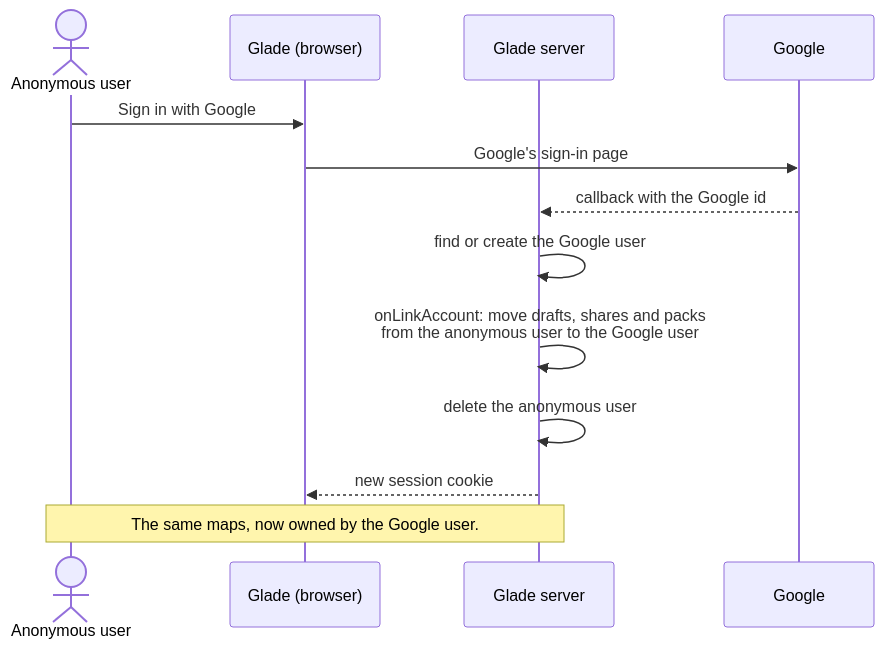
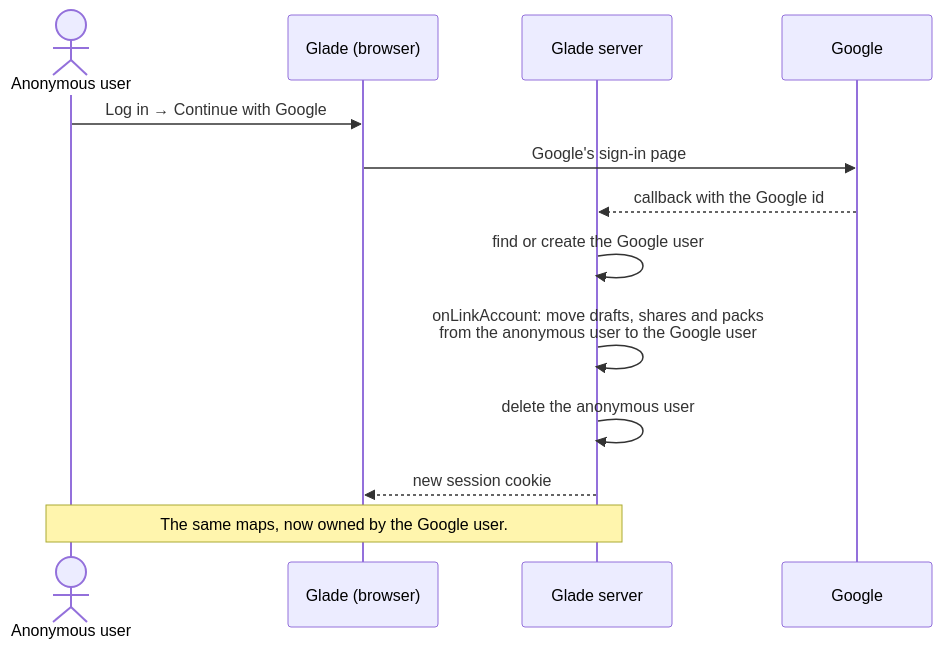
Before and after one commit to UmushiUmushi/Glade: the second of 2 diagrams in docs/server/accounts.md, drawn with Mermaid. The commit also changed other lines of this file and 15 other files, not shown here.

````diff
--- a/docs/server/accounts.md
+++ b/docs/server/accounts.md
@@ -61,15 +71,15 @@
 ```mermaid
 sequenceDiagram
     actor U as Anonymous user
     participant G as Glade (browser)
     participant S as Glade server
     participant Go as Google
-    U->>G: Sign in with Google
+    U->>G: Log in → Continue with Google
     G->>Go: Google's sign-in page
     Go-->>S: callback with the Google id
     S->>S: find or create the Google user
     S->>S: onLinkAccount: move drafts, shares and packs<br/>from the anonymous user to the Google user
     S->>S: delete the anonymous user
     S-->>G: new session cookie
     Note over U,S: The same maps, now owned by the Google user.
 ```
````
